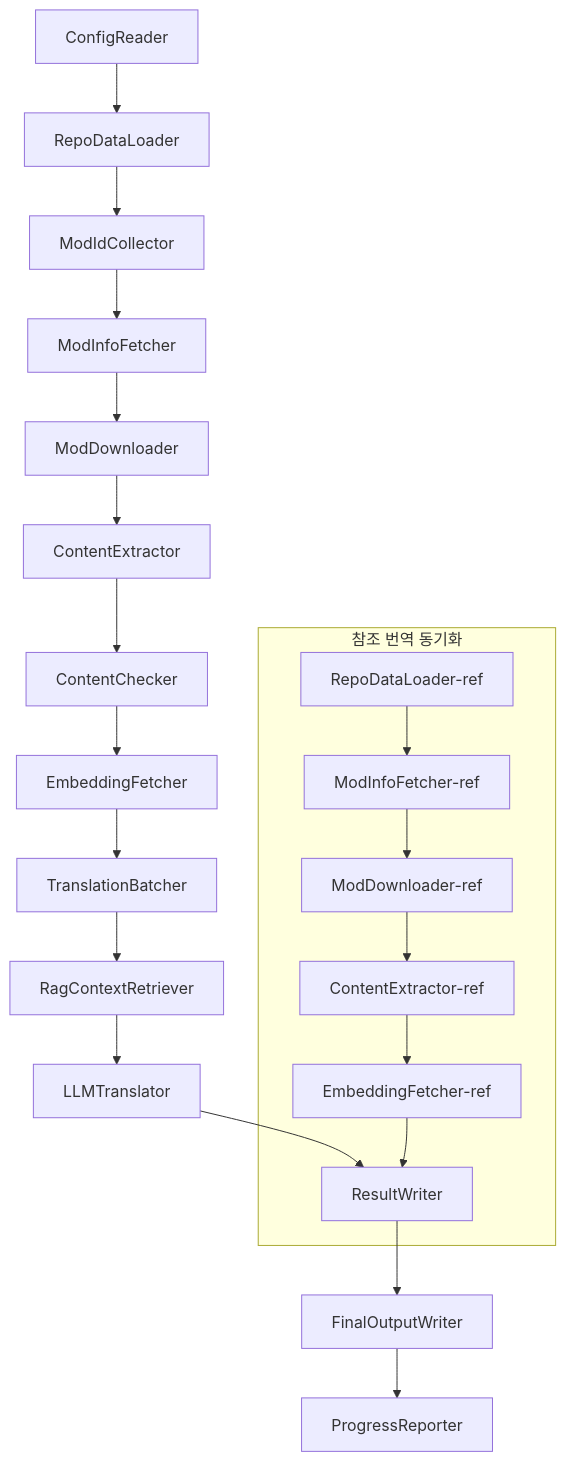
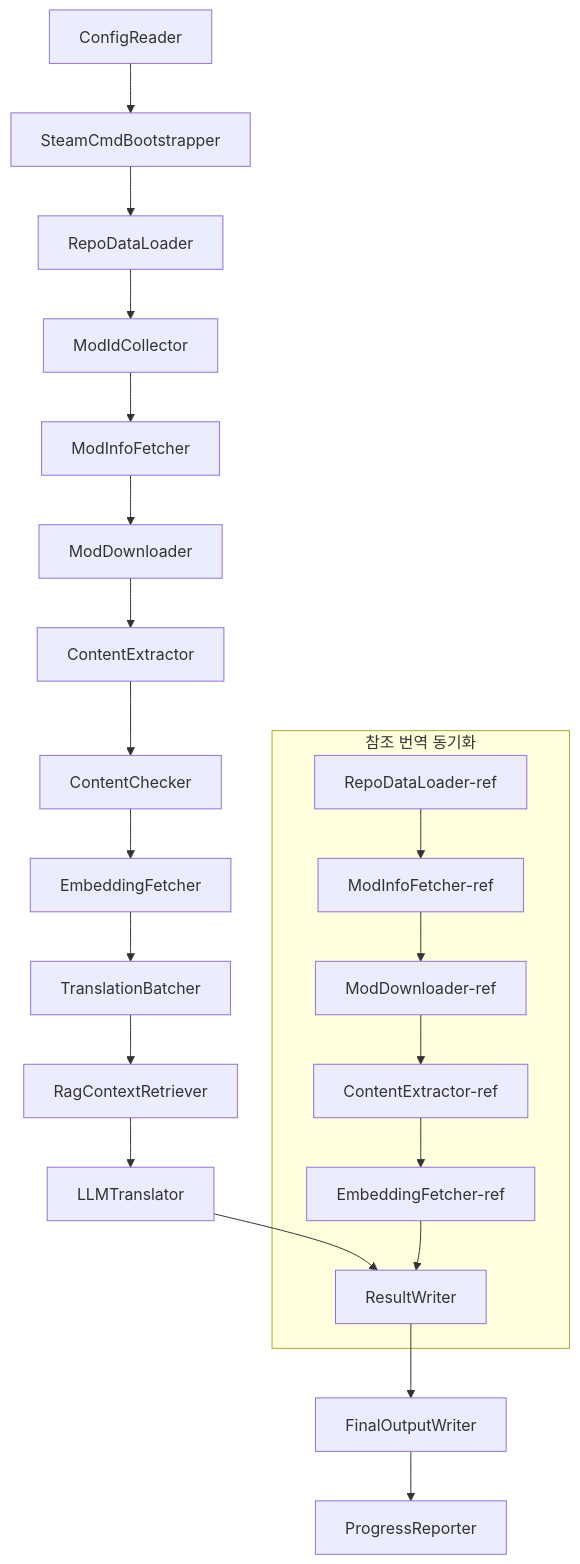
The diagram in docs/technical_reference/technical_reference_ko.md (PZProjectBabel/project_babel), drawn with Mermaid before and after one commit. The commit also changed other lines of this file and 79 other files, not shown here.

````diff
--- a/docs/technical_reference/technical_reference_ko.md
+++ b/docs/technical_reference/technical_reference_ko.md
@@ -96,24 +125,25 @@
 ```mermaid
 flowchart TD
-    A[ConfigReader] --> B[RepoDataLoader]
-    B --> C[ModIdCollector]
-    C --> D[ModInfoFetcher]
-    D --> E[ModDownloader]
-    E --> F[ContentExtractor]
-    F --> G[ContentChecker]
-    G --> H[EmbeddingFetcher]
-    H --> I[TranslationBatcher]
-    I --> J[RagContextRetriever]
-    J --> K[LLMTranslator]
-    K --> L[ResultWriter]
-    L --> M[FinalOutputWriter]
-    M --> N[ProgressReporter]
+  A[ConfigReader] --> B[SteamCmdBootstrapper]
+  B --> C[RepoDataLoader]
+  C --> D[ModIdCollector]
+  D --> E[ModInfoFetcher]
+  E --> F[ModDownloader]
+  F --> G[ContentExtractor]
+  G --> H[ContentChecker]
+  H --> I[EmbeddingFetcher]
+  I --> J[TranslationBatcher]
+  J --> K[RagContextRetriever]
+  K --> L[LLMTranslator]
+  L --> M[ResultWriter]
+  M --> N[FinalOutputWriter]
+  N --> O[ProgressReporter]
 
-    subgraph 참조 번역 동기화
-        B2[RepoDataLoader-ref] --> D2[ModInfoFetcher-ref]
-        D2 --> E2[ModDownloader-ref]
-        E2 --> F2[ContentExtractor-ref]
-        F2 --> H2[EmbeddingFetcher-ref]
-        H2 --> L
+subgraph 참조 번역 동기화
+        C2[RepoDataLoader-ref] --> E2[ModInfoFetcher-ref]
+        E2 --> F2[ModDownloader-ref]
+        F2 --> G2[ContentExtractor-ref]
+        G2 --> I2[EmbeddingFetcher-ref]
+        I2 --> M
     end
 ```
````
